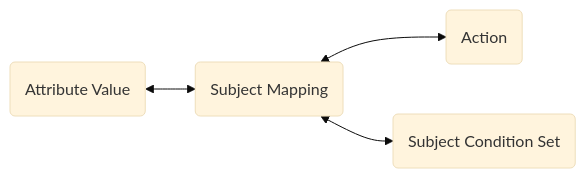
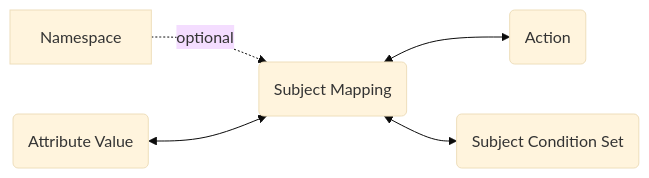
The second of 2 diagrams in docs/components/policy/subject_mappings.md (opentdf/docs), drawn with Mermaid (base theme) before and after one commit. The commit also changed other lines of this file and 6 other files, not shown here.

````diff
--- a/docs/components/policy/subject_mappings.md
+++ b/docs/components/policy/subject_mappings.md
@@ -33,6 +38,7 @@
 ```mermaid
 graph LR;
+Namespace-.->|optional|B(Subject Mapping);
 A(Attribute Value)<--> B(Subject Mapping);
 B(Subject Mapping)<--> D(Action);
 B(Subject Mapping)<--> C(Subject Condition Set);
 ```
````
